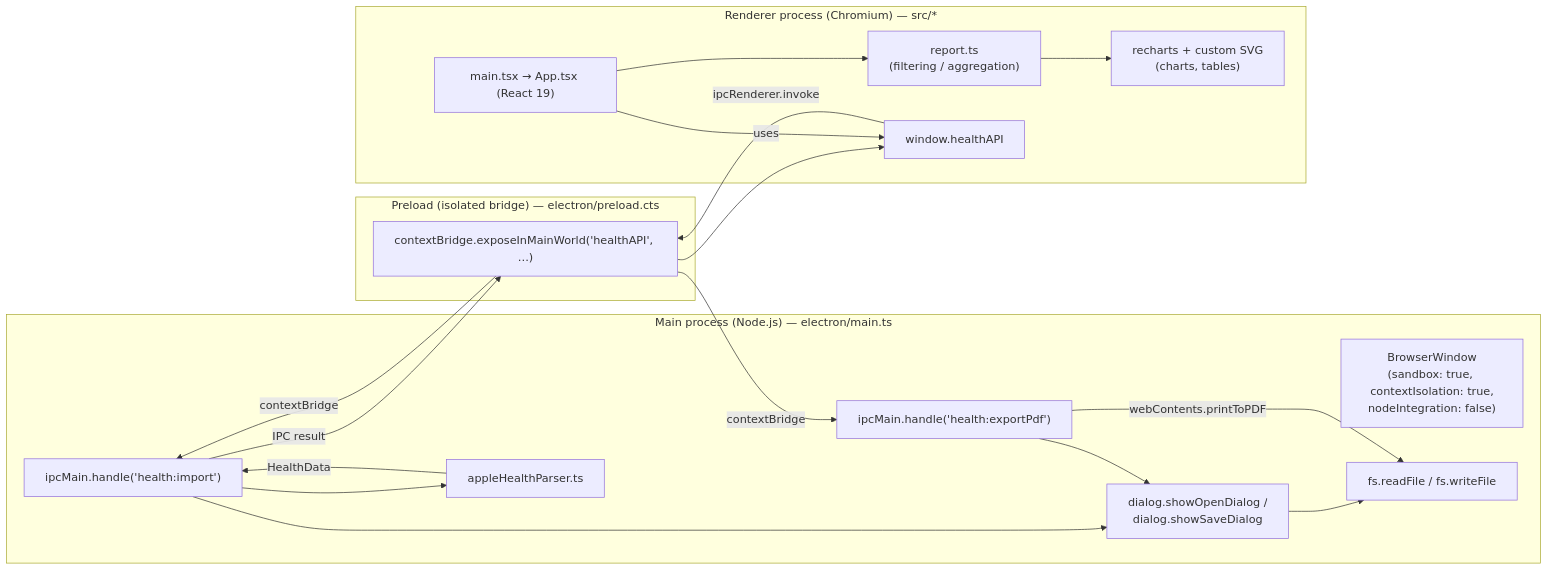
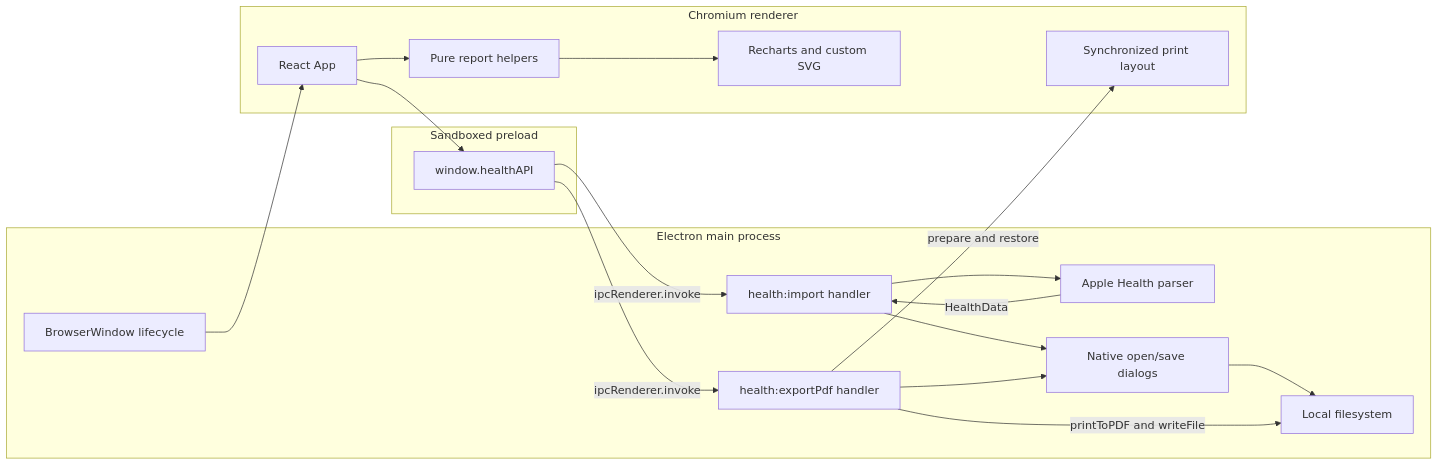
The first of 5 diagrams in docs/ARCHITECTURE.md (kiforsbe/ahdreport), drawn with Mermaid before and after one commit. The commit also changed other lines of this file, not shown here.

Commit message:
Update AHDReport architecture documentation

````diff
--- a/docs/ARCHITECTURE.md
+++ b/docs/ARCHITECTURE.md
@@ -18,35 +17,34 @@
 ```mermaid
 flowchart LR
-    subgraph MAIN["Main process (Node.js) — electron/main.ts"]
-        M1["BrowserWindow\n(sandbox: true, contextIsolation: true,\nnodeIntegration: false)"]
-        M2["ipcMain.handle('health:import')"]
-        M3["ipcMain.handle('health:exportPdf')"]
-        M4["appleHealthParser.ts"]
-        M5["dialog.showOpenDialog /\ndialog.showSaveDialog"]
-        M6["fs.readFile / fs.writeFile"]
+    subgraph Main["Electron main process"]
+        Window["BrowserWindow lifecycle"]
+        ImportIPC["health:import handler"]
+        PdfIPC["health:exportPdf handler"]
+        Parser["Apple Health parser"]
+        Dialogs["Native open/save dialogs"]
+        Files["Local filesystem"]
     end
 
-    subgraph PRELOAD["Preload (isolated bridge) — electron/preload.cts"]
-        P1["contextBridge.exposeInMainWorld('healthAPI', …)"]
+    subgraph Preload["Sandboxed preload"]
+        Bridge["window.healthAPI"]
     end
 
-    subgraph RENDERER["Renderer process (Chromium) — src/*"]
-        R1["main.tsx → App.tsx (React 19)"]
-        R2["report.ts\n(filtering / aggregation)"]
-        R3["recharts + custom SVG\n(charts, tables)"]
-        R4["window.healthAPI"]
+    subgraph Renderer["Chromium renderer"]
+        App["React App"]
+        Report["Pure report helpers"]
+        Charts["Recharts and custom SVG"]
+        PrintState["Synchronized print layout"]
     end
 
-    R4 -- "ipcRenderer.invoke" --> P1
-    P1 -- "contextBridge" --> M2
-    P1 -- "contextBridge" --> M3
-    M2 --> M5 --> M6
-    M2 --> M4
-    M4 -- "HealthData" --> M2
-    M2 -- "IPC result" --> P1
-    P1 --> R4
-    M3 --> M5
-    M3 -- "webContents.printToPDF" --> M6
-    R1 --> R2 --> R3
-    R1 -- "uses" --> R4
+    App --> Report --> Charts
+    App --> Bridge
+    Bridge -->|ipcRenderer.invoke| ImportIPC
+    Bridge -->|ipcRenderer.invoke| PdfIPC
+    ImportIPC --> Dialogs --> Files
+    ImportIPC --> Parser
+    Parser -->|HealthData| ImportIPC
+    PdfIPC --> Dialogs
+    PdfIPC -->|prepare and restore| PrintState
+    PdfIPC -->|printToPDF and writeFile| Files
+    Window --> App
 ```
````
